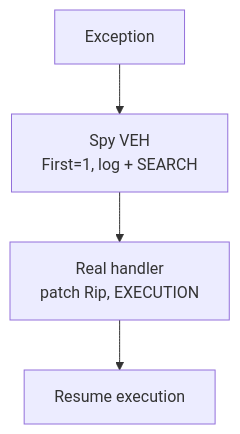
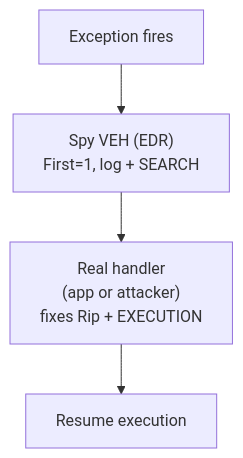
Before and after one commit to wosienko/NoExceptions: the diagram in slides/pages/04-edr-problem.md, drawn with Mermaid. The commit also changed other lines of this file and 5 other files, not shown here.

````diff
--- a/slides/pages/04-edr-problem.md
+++ b/slides/pages/04-edr-problem.md
@@ -19,6 +58,6 @@
 ```mermaid {scale: 0.85}
 flowchart TD
-    F[Exception] --> S["Spy VEH<br/>First=1, log + SEARCH"]
-    S --> R["Real handler<br/>patch Rip, EXECUTION"]
+    F[Exception fires] --> S["Spy VEH (EDR)<br/>First=1, log + SEARCH"]
+    S --> R["Real handler<br/>(app or attacker)<br/>fixes Rip + EXECUTION"]
     R --> X[Resume execution]
 ```
````
